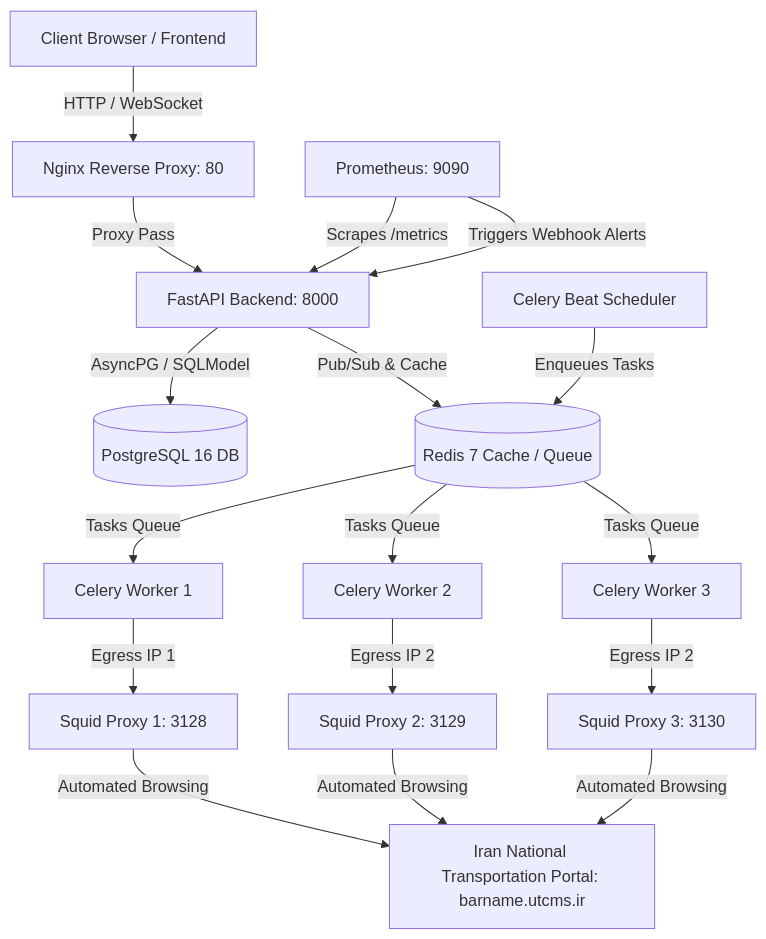
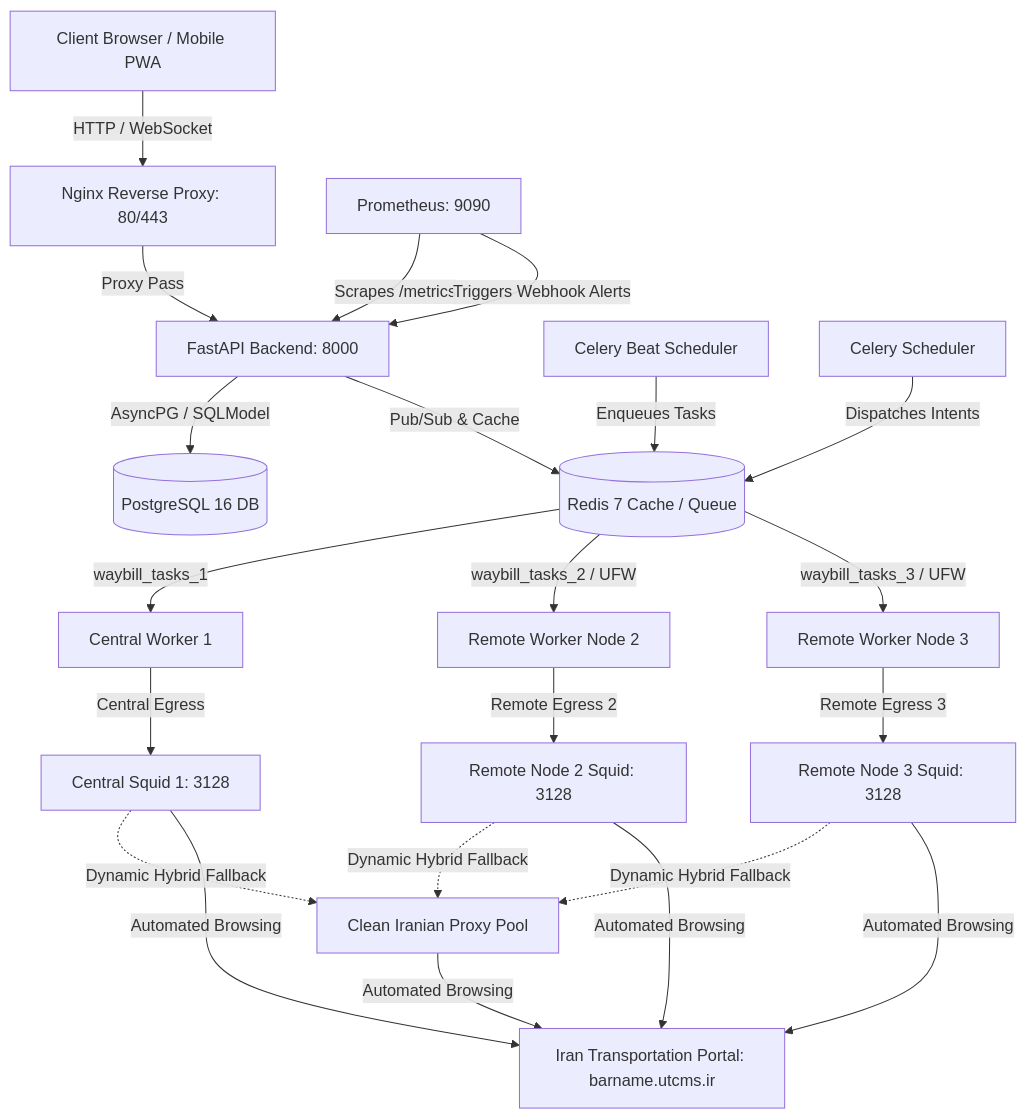
One commit to amir-hdri/BarPro-main changed the diagram in docs/architecture.md. Above: the diagram before and after it, drawn with Mermaid. The commit also changed 4 other files, not shown here.

Commit message:
docs(sync): v2.9.2 repository-wide architecture & deployment guides synchronization

````diff
--- a/docs/architecture.md
+++ b/docs/architecture.md
@@ -7,23 +7,25 @@
 ```mermaid
 graph TD
-    Client[Client Browser / Frontend] -->|HTTP / WebSocket| Nginx[Nginx Reverse Proxy: 80]
+    Client[Client Browser / Mobile PWA] -->|HTTP / WebSocket| Nginx[Nginx Reverse Proxy: 80/443]
     Nginx -->|Proxy Pass| FastAPI[FastAPI Backend: 8000]
     
     FastAPI -->|AsyncPG / SQLModel| PostgreSQL[(PostgreSQL 16 DB)]
     FastAPI -->|Pub/Sub & Cache| Redis[(Redis 7 Cache / Queue)]
     
     Beat[Celery Beat Scheduler] -->|Enqueues Tasks| Redis
+    Scheduler[Celery Scheduler] -->|Dispatches Intents| Redis
     
-    Redis -->|Tasks Queue| Worker1[Celery Worker 1]
-    Redis -->|Tasks Queue| Worker2[Celery Worker 2]
-    Redis -->|Tasks Queue| Worker3[Celery Worker 3]
+    Redis -->|waybill_tasks_1| Worker1[Central Worker 1]
+    Redis -->|waybill_tasks_2 / UFW| Worker2[Remote Worker Node 2]
+    Redis -->|waybill_tasks_3 / UFW| Worker3[Remote Worker Node 3]
     
-    Worker1 -->|Egress IP 1| Squid1[Squid Proxy 1: 3128]
-    Worker2 -->|Egress IP 2| Squid2[Squid Proxy 2: 3129]
-    Worker3 -->|Egress IP 2| Squid3[Squid Proxy 3: 3130]
+    Worker1 -->|Central Egress| Squid1[Central Squid 1: 3128]
+    Worker2 -->|Remote Egress 2| Squid2[Remote Node 2 Squid: 3128]
+    Worker3 -->|Remote Egress 3| Squid3[Remote Node 3 Squid: 3128]
     
-    Squid1 & Squid2 & Squid3 -->|Automated Browsing| UTCMS[Iran National Transportation Portal: barname.utcms.ir]
+    Squid1 & Squid2 & Squid3 -.->|Dynamic Hybrid Fallback| CleanPool[Clean Iranian Proxy Pool]
+    Squid1 & Squid2 & Squid3 & CleanPool -->|Automated Browsing| UTCMS[Iran Transportation Portal: barname.utcms.ir]
     
     Prometheus[Prometheus: 9090] -->|Scrapes /metrics| FastAPI
     Prometheus -->|Triggers Webhook Alerts| FastAPI
 ```
````
